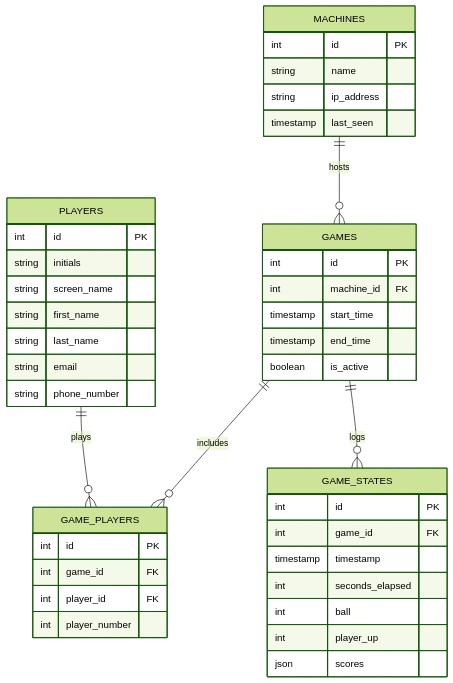
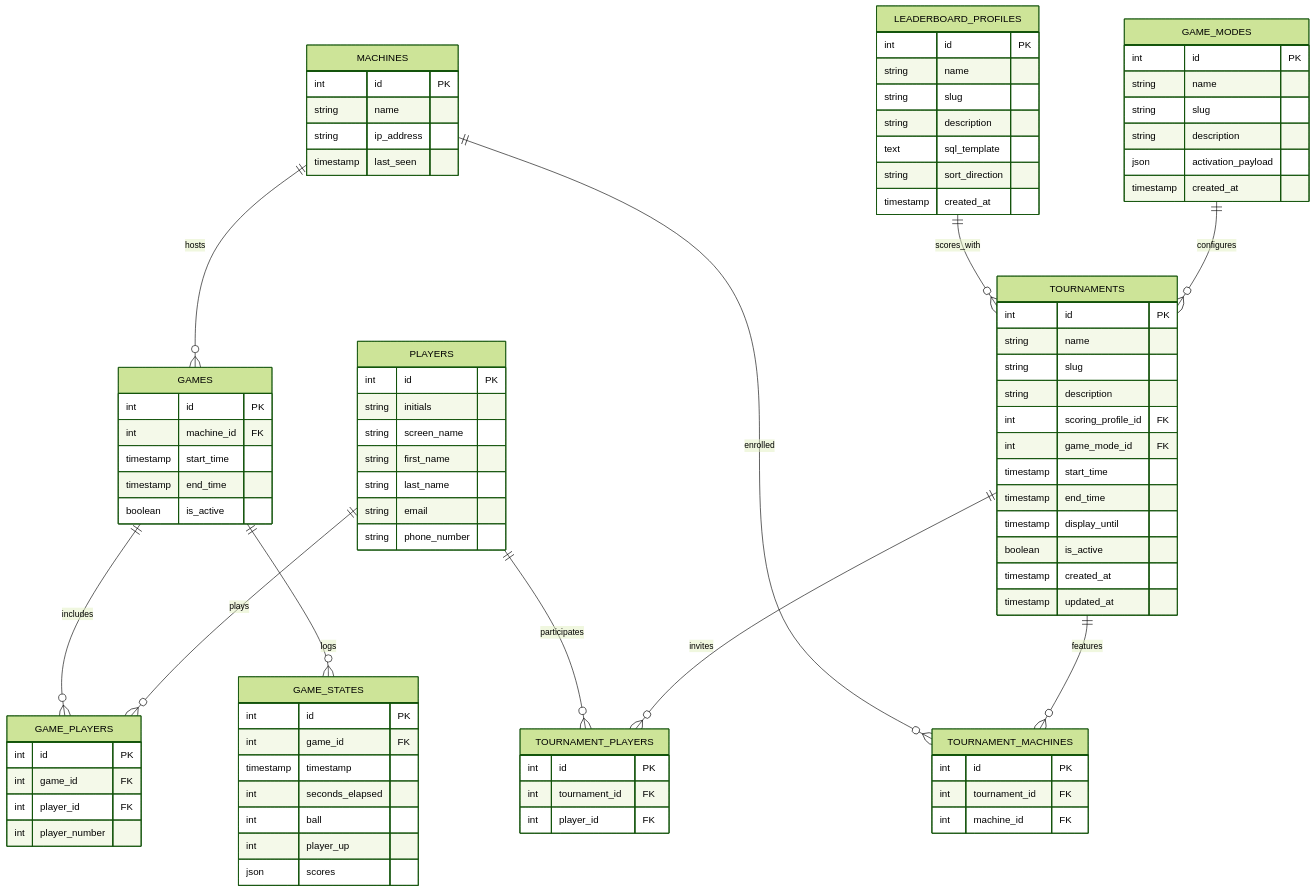
The diagram in README.md (warped-pinball/origin), drawn with Mermaid (forest theme) before and after one commit. The commit also changed other lines of this file and 93 other files, not shown here.

````diff
--- a/README.md
+++ b/README.md
@@ -51,9 +51,56 @@
         int player_up
         json scores
     }
+    GAME_MODES {
+        int id PK
+        string name
+        string slug
+        string description
+        json activation_payload
+        timestamp created_at
+    }
+    LEADERBOARD_PROFILES {
+        int id PK
+        string name
+        string slug
+        string description
+        text sql_template
+        string sort_direction
+        timestamp created_at
+    }
+    TOURNAMENTS {
+        int id PK
+        string name
+        string slug
+        string description
+        int scoring_profile_id FK
+        int game_mode_id FK
+        timestamp start_time
+        timestamp end_time
+        timestamp display_until
+        boolean is_active
+        timestamp created_at
+        timestamp updated_at
+    }
+    TOURNAMENT_MACHINES {
+        int id PK
+        int tournament_id FK
+        int machine_id FK
+    }
+    TOURNAMENT_PLAYERS {
+        int id PK
+        int tournament_id FK
+        int player_id FK
+    }
 
     MACHINES ||--o{ GAMES : hosts
     PLAYERS ||--o{ GAME_PLAYERS : plays
     GAMES ||--o{ GAME_PLAYERS : includes
     GAMES ||--o{ GAME_STATES : logs
+    GAME_MODES ||--o{ TOURNAMENTS : configures
+    LEADERBOARD_PROFILES ||--o{ TOURNAMENTS : scores_with
+    TOURNAMENTS ||--o{ TOURNAMENT_MACHINES : features
+    TOURNAMENTS ||--o{ TOURNAMENT_PLAYERS : invites
+    MACHINES ||--o{ TOURNAMENT_MACHINES : enrolled
+    PLAYERS ||--o{ TOURNAMENT_PLAYERS : participates
 ```
````
